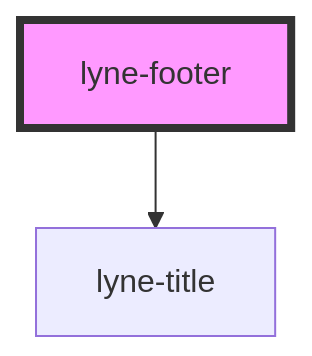
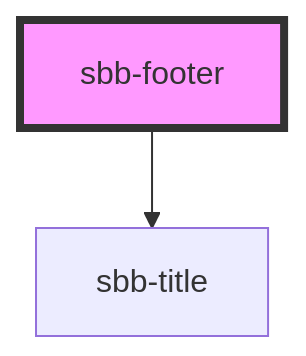
The diagram in src/components/sbb-footer/readme.md (sbb-design-systems/lyne-components), drawn with Mermaid before and after one commit. The commit also changed other lines of this file and 348 other files, not shown here.

Commit message:
refactor: 'lyne' prefix renamed to 'sbb'

````diff
--- a/src/components/sbb-footer/readme.md
+++ b/src/components/sbb-footer/readme.md
@@ -23,5 +23,5 @@
 ```mermaid
 graph TD;
-  lyne-footer --> lyne-title
-  style lyne-footer fill:#f9f,stroke:#333,stroke-width:4px
+  sbb-footer --> sbb-title
+  style sbb-footer fill:#f9f,stroke:#333,stroke-width:4px
 ```
````
